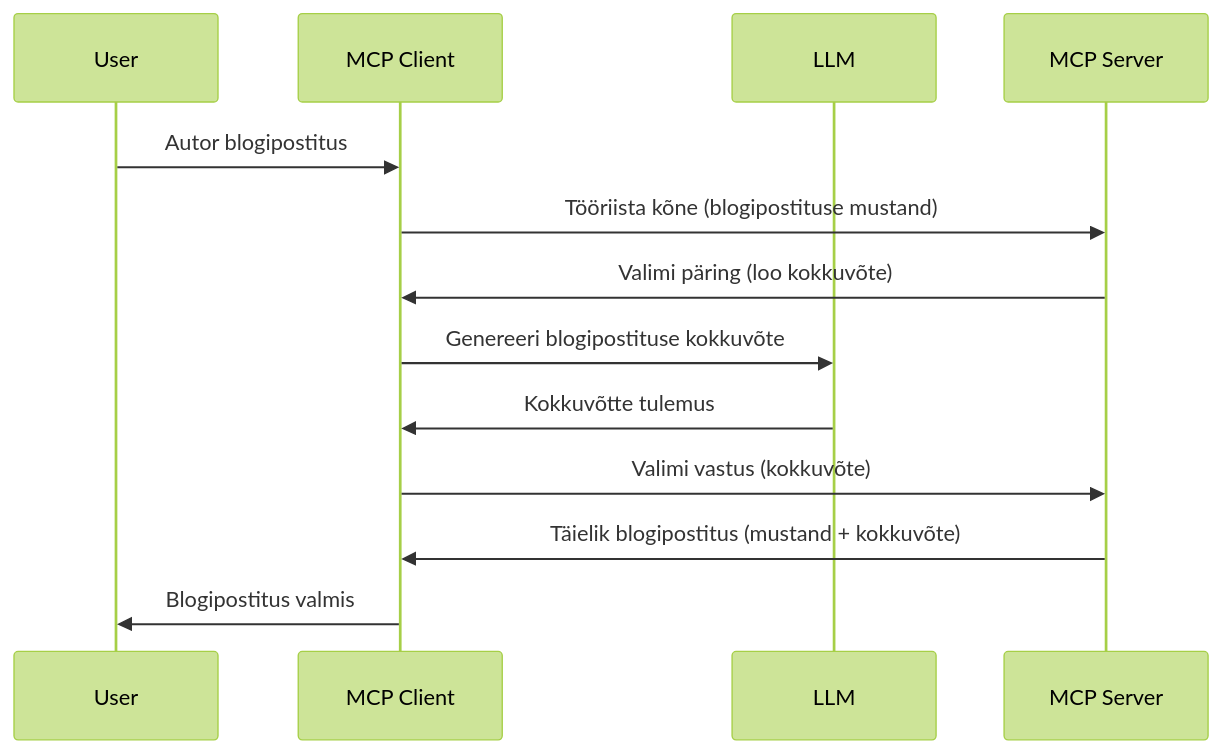
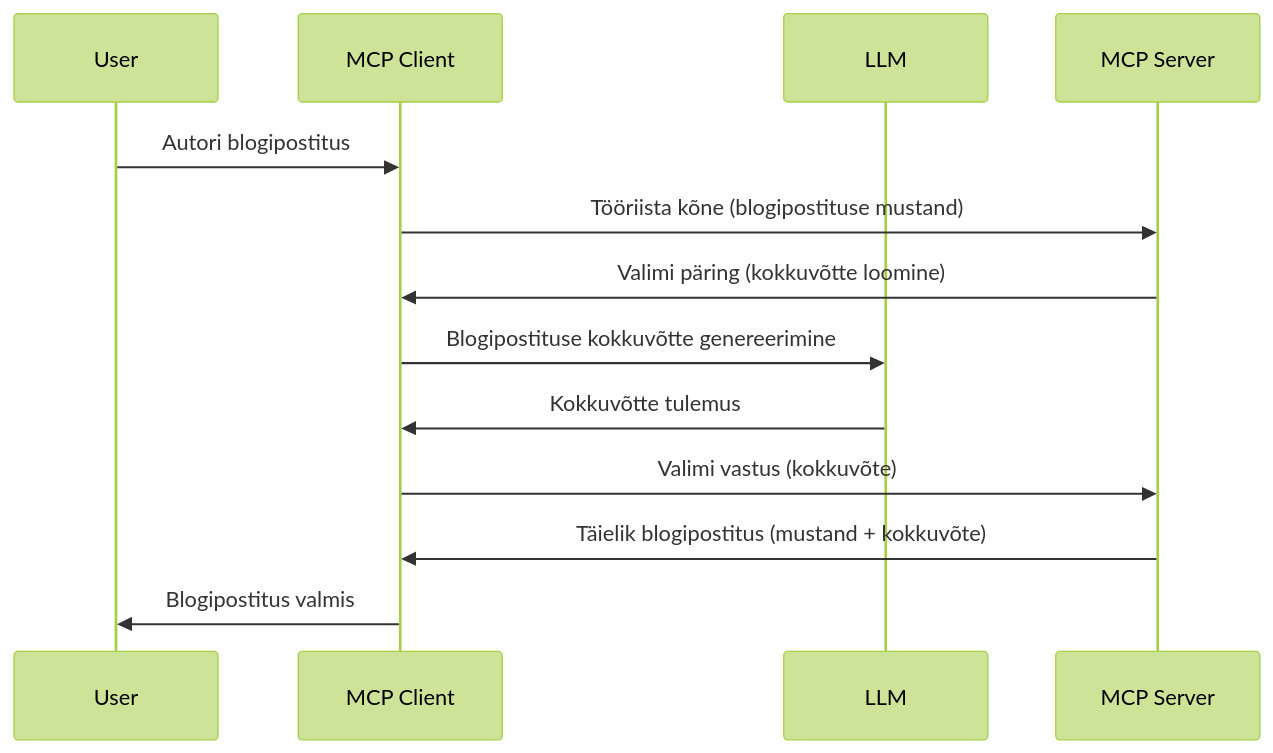
The diagram in mcp_ecosystem__model_context_protocol/mcp_learning_resources/mcp-for-beginners/translations/et/03-GettingStarted/14-sampling/README.md (HIDORAKAI002/ai-workspace-archive), drawn with Mermaid (forest theme) before and after one commit. The commit also changed other lines of this file and 5721 other files, not shown here.

Commit message:
chore(sync): update MCP Python SDK, MCP TypeScript SDK, Supabase MCP, Kubernetes MCP Server, Git MCP, MCP Agent, Awesome ChatGPT Prompts, Langfuse, +62 more

````diff
--- a/mcp_ecosystem__model_context_protocol/mcp_learning_resources/mcp-for-beginners/translations/et/03-GettingStarted/14-sampling/README.md
+++ b/mcp_ecosystem__model_context_protocol/mcp_learning_resources/mcp-for-beginners/translations/et/03-GettingStarted/14-sampling/README.md
@@ -25,16 +27,16 @@
 ```mermaid
 sequenceDiagram
     participant User
     participant MCP Client
     participant LLM
     participant MCP Server
 
-    User->>MCP Client: Autor blogipostitus
+    User->>MCP Client: Autori blogipostitus
     MCP Client->>MCP Server: Tööriista kõne (blogipostituse mustand)
-    MCP Server->>MCP Client: Valimi päring (loo kokkuvõte)
-    MCP Client->>LLM: Genereeri blogipostituse kokkuvõte
+    MCP Server->>MCP Client: Valimi päring (kokkuvõtte loomine)
+    MCP Client->>LLM: Blogipostituse kokkuvõtte genereerimine
     LLM->>MCP Client: Kokkuvõtte tulemus
     MCP Client->>MCP Server: Valimi vastus (kokkuvõte)
     MCP Server->>MCP Client: Täielik blogipostitus (mustand + kokkuvõte)
     MCP Client->>User: Blogipostitus valmis
 ```
````
